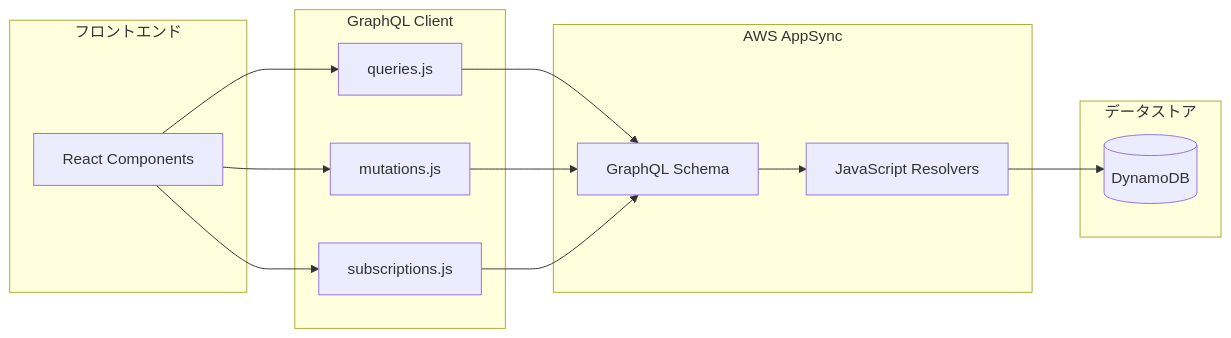
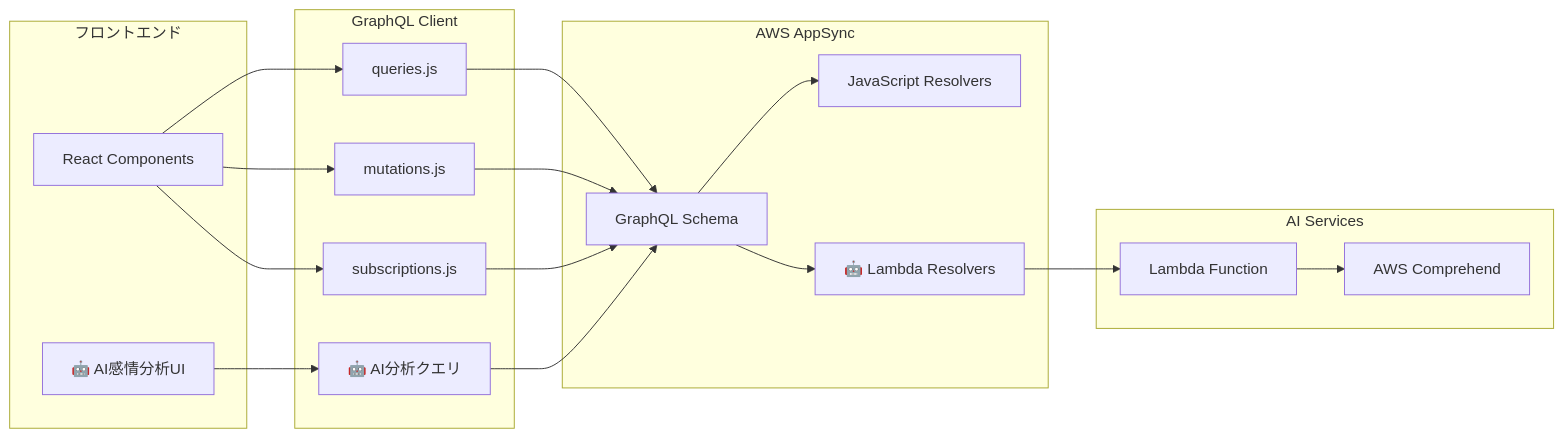
One commit to keitti73/chat_app_by_ai changed the diagram in src/graphql/README.md. Above: the diagram before and after it, drawn with Mermaid. The commit also changed other lines of this file and 12 other files, not shown here.

````diff
--- a/src/graphql/README.md
+++ b/src/graphql/README.md
@@ -36,32 +37,41 @@
 ```mermaid
 flowchart LR
     subgraph "フロントエンド"
         Components[React Components]
+        AIFeatures[🤖 AI感情分析UI]
     end
     
     subgraph "GraphQL Client"
         Queries[queries.js]
         Mutations[mutations.js] 
         Subscriptions[subscriptions.js]
+        AIQueries[🤖 AI分析クエリ]
     end
     
     subgraph "AWS AppSync"
         Schema[GraphQL Schema]
         Resolvers[JavaScript Resolvers]
+        LambdaResolvers[🤖 Lambda Resolvers]
     end
     
-    subgraph "データストア"
-        DynamoDB[(DynamoDB)]
+    subgraph "AI Services"
+        Lambda[Lambda Function]
+        Comprehend[AWS Comprehend]
     end
     
     Components --> Queries
     Components --> Mutations
     Components --> Subscriptions
+    AIFeatures --> AIQueries
     
     Queries --> Schema
     Mutations --> Schema
     Subscriptions --> Schema
+    AIQueries --> Schema
     
     Schema --> Resolvers
-    Resolvers --> DynamoDB
+    Schema --> LambdaResolvers
+    
+    LambdaResolvers --> Lambda
+    Lambda --> Comprehend
 ```
````
